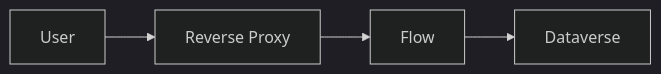
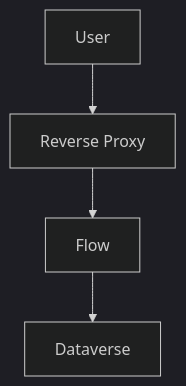
One commit to itweedie/itweedie.github.io changed the sixth of 7 diagrams in content/flowProxy/241109-lcnc/_index.md. Above: the diagram before and after it, drawn with Mermaid (dark theme). The commit also changed other lines of this file and 17 other files, not shown here.

```diff
--- a/content/flowProxy/241109-lcnc/_index.md
+++ b/content/flowProxy/241109-lcnc/_index.md
@@ -741,5 +760,4 @@
 {{< mermaid >}}
-graph LR
-
-    A[User] --> R[Reverse Proxy] --> B[Flow] --> C[Dataverse]
+graph TD
+ A[User] --> R[Reverse Proxy] --> B[Flow] --> C[Dataverse]
 {{< /mermaid >}}
```
